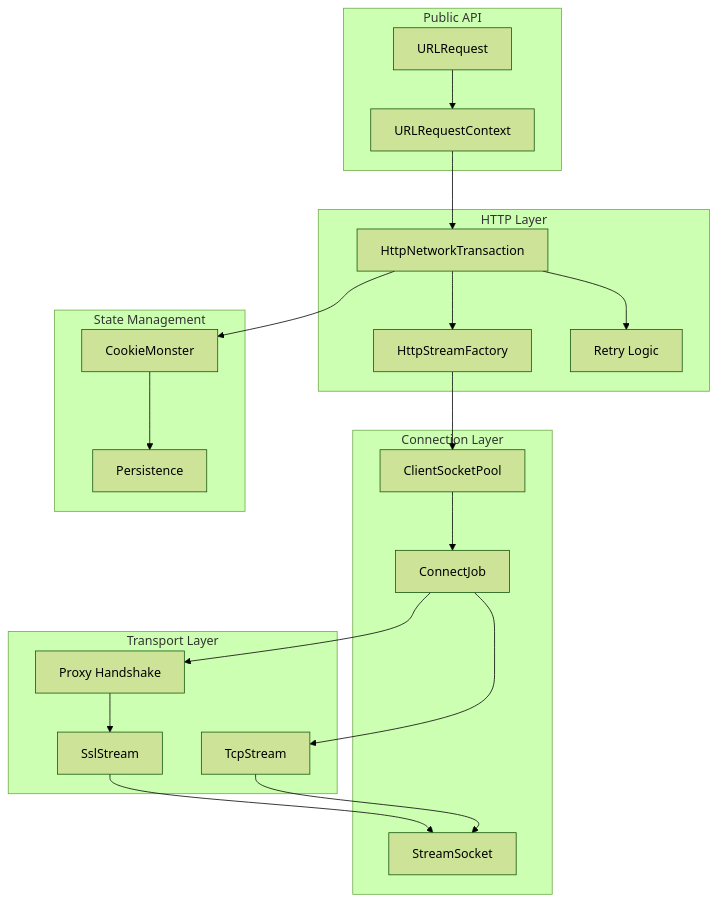
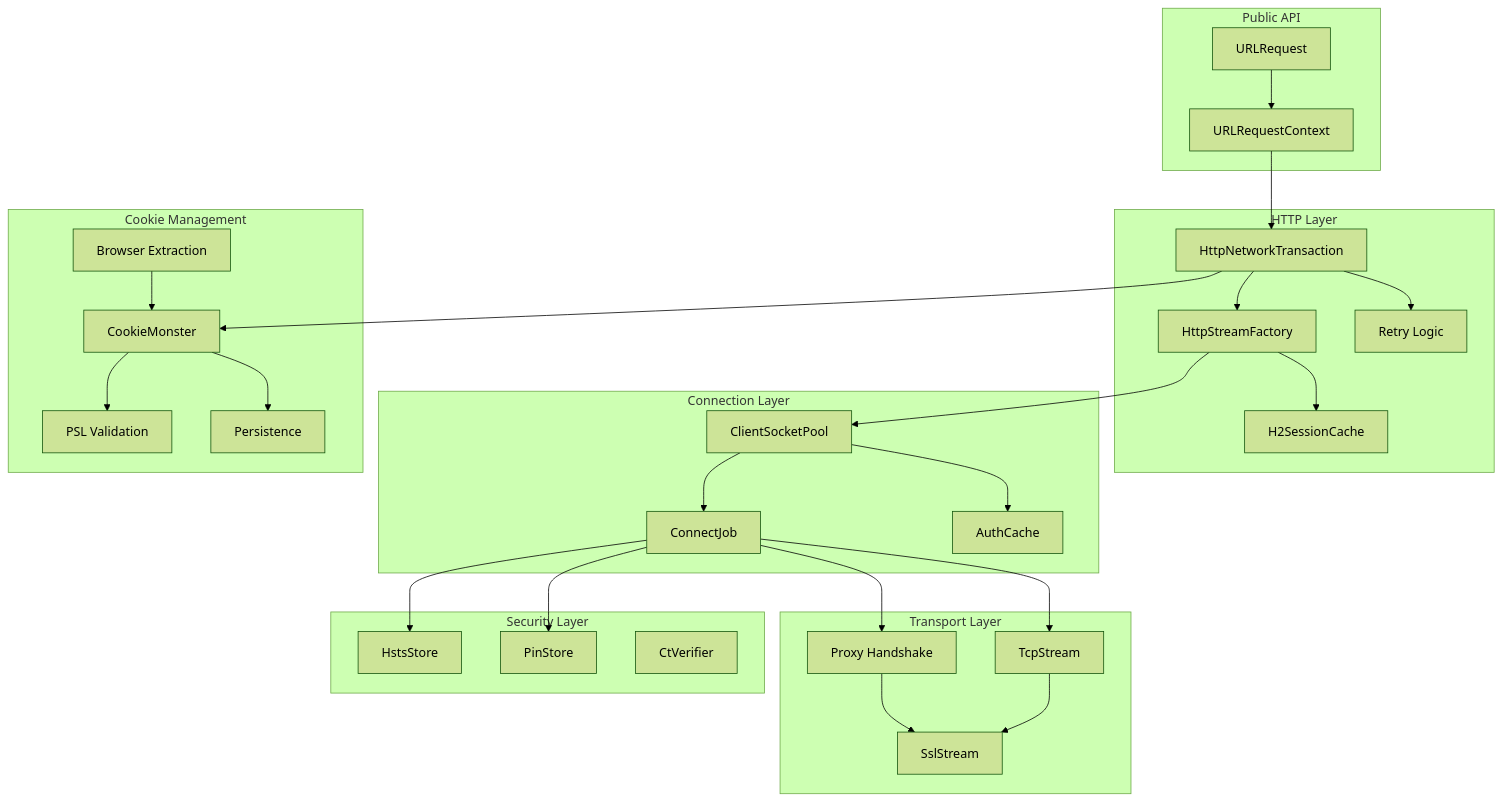
The first of 6 diagrams in chromenet/docs/codemap.md (devanjumg70/gdlraw), drawn with Mermaid (forest theme) before and after one commit. The commit also changed other lines of this file and 5 other files, not shown here.

Commit message:
docs: Add TLS security documentation for HSTS, certificate pinning, and CT verification, and update architecture overview.

````diff
--- a/chromenet/docs/codemap.md
+++ b/chromenet/docs/codemap.md
@@ -7,45 +9,60 @@
 ```mermaid
 graph TB
     subgraph "Public API"
         URL[URLRequest]
         CTX[URLRequestContext]
     end
 
     subgraph "HTTP Layer"
         TXN[HttpNetworkTransaction]
         SF[HttpStreamFactory]
+        H2C[H2SessionCache]
         RETRY[Retry Logic]
     end
 
     subgraph "Connection Layer"
         POOL[ClientSocketPool]
         CJ[ConnectJob]
-        STREAM[StreamSocket]
+        AUTH[AuthCache]
     end
 
     subgraph "Transport Layer"
         TCP[TcpStream]
         TLS[SslStream]
         PROXY[Proxy Handshake]
     end
 
-    subgraph "State Management"
+    subgraph "Security Layer"
+        HSTS[HstsStore]
+        PINS[PinStore]
+        CT[CtVerifier]
+    end
+
+    subgraph "Cookie Management"
         COOKIE[CookieMonster]
+        PSL[PSL Validation]
+        BROWSER[Browser Extraction]
         PERSIST[Persistence]
     end
 
     URL --> CTX
     CTX --> TXN
     TXN --> RETRY
     TXN --> SF
+    SF --> H2C
     SF --> POOL
     POOL --> CJ
+    POOL --> AUTH
     CJ --> TCP
     CJ --> PROXY
     PROXY --> TLS
-    TCP --> STREAM
-    TLS --> STREAM
+    TCP --> TLS
 
     TXN --> COOKIE
+    COOKIE --> PSL
     COOKIE --> PERSIST
+    BROWSER --> COOKIE
+    
+    CJ --> HSTS
+    CJ --> PINS
 ```
````
